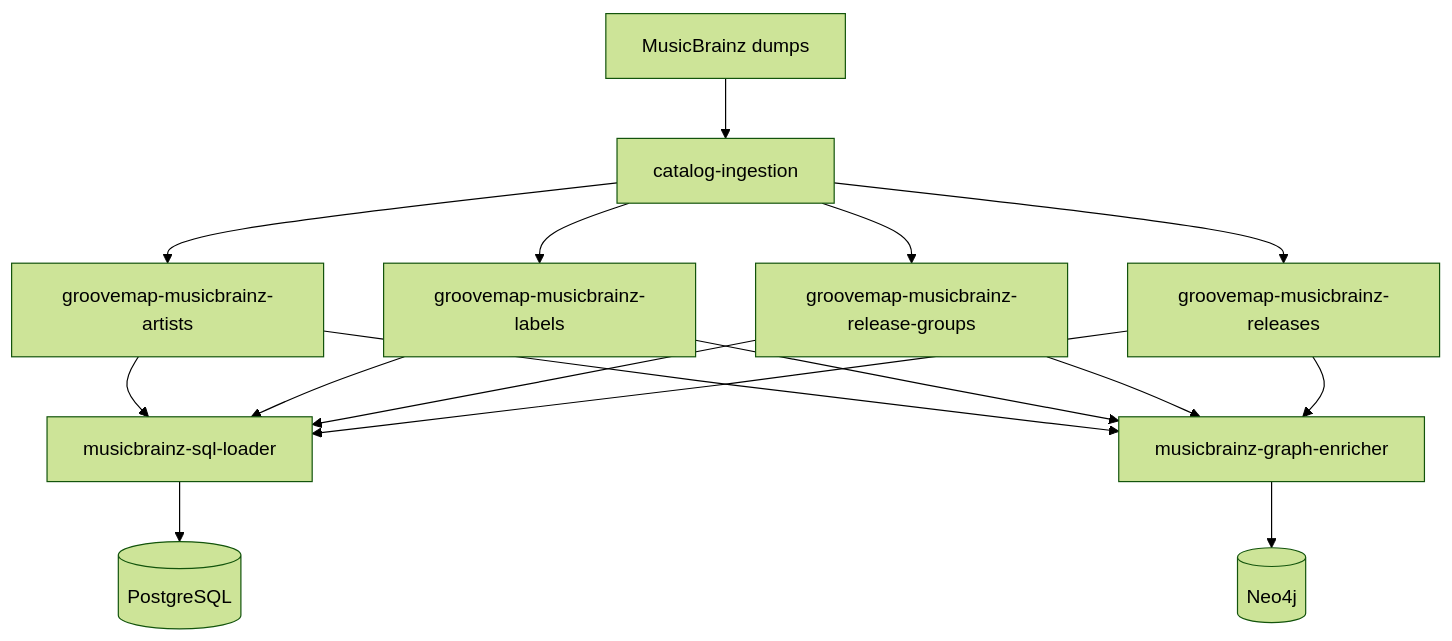
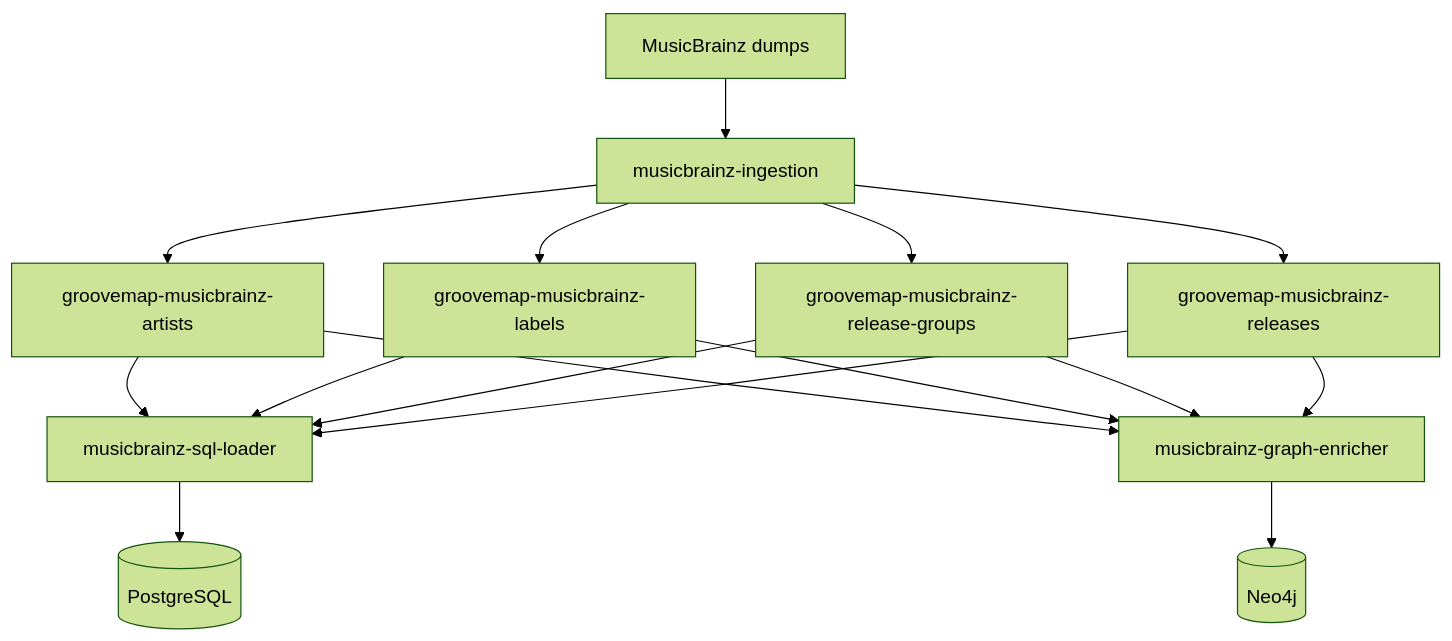
Before and after one commit to groovemap-music/musicbrainz-sql-loader: the diagram in docs/musicbrainz-sync.md, drawn with Mermaid (forest theme). The commit also changed other lines of this file and 8 other files, not shown here.

Commit message:
docs(sql): focus MusicBrainz loader boundary

````diff
--- a/docs/musicbrainz-sync.md
+++ b/docs/musicbrainz-sync.md
@@ -8,12 +10,12 @@
 ```mermaid
 flowchart TD
-    Dumps[MusicBrainz dumps] --> Producer[catalog-ingestion]
+    Dumps[MusicBrainz dumps] --> Producer[musicbrainz-ingestion]
     Producer --> Artists[groovemap-musicbrainz-artists]
     Producer --> Labels[groovemap-musicbrainz-labels]
     Producer --> Groups[groovemap-musicbrainz-release-groups]
     Producer --> Releases[groovemap-musicbrainz-releases]
     Artists & Labels & Groups & Releases --> SQL[musicbrainz-sql-loader]
     Artists & Labels & Groups & Releases --> Graph[musicbrainz-graph-enricher]
     SQL --> PG[(PostgreSQL)]
     Graph --> Neo4j[(Neo4j)]
 ```
````
